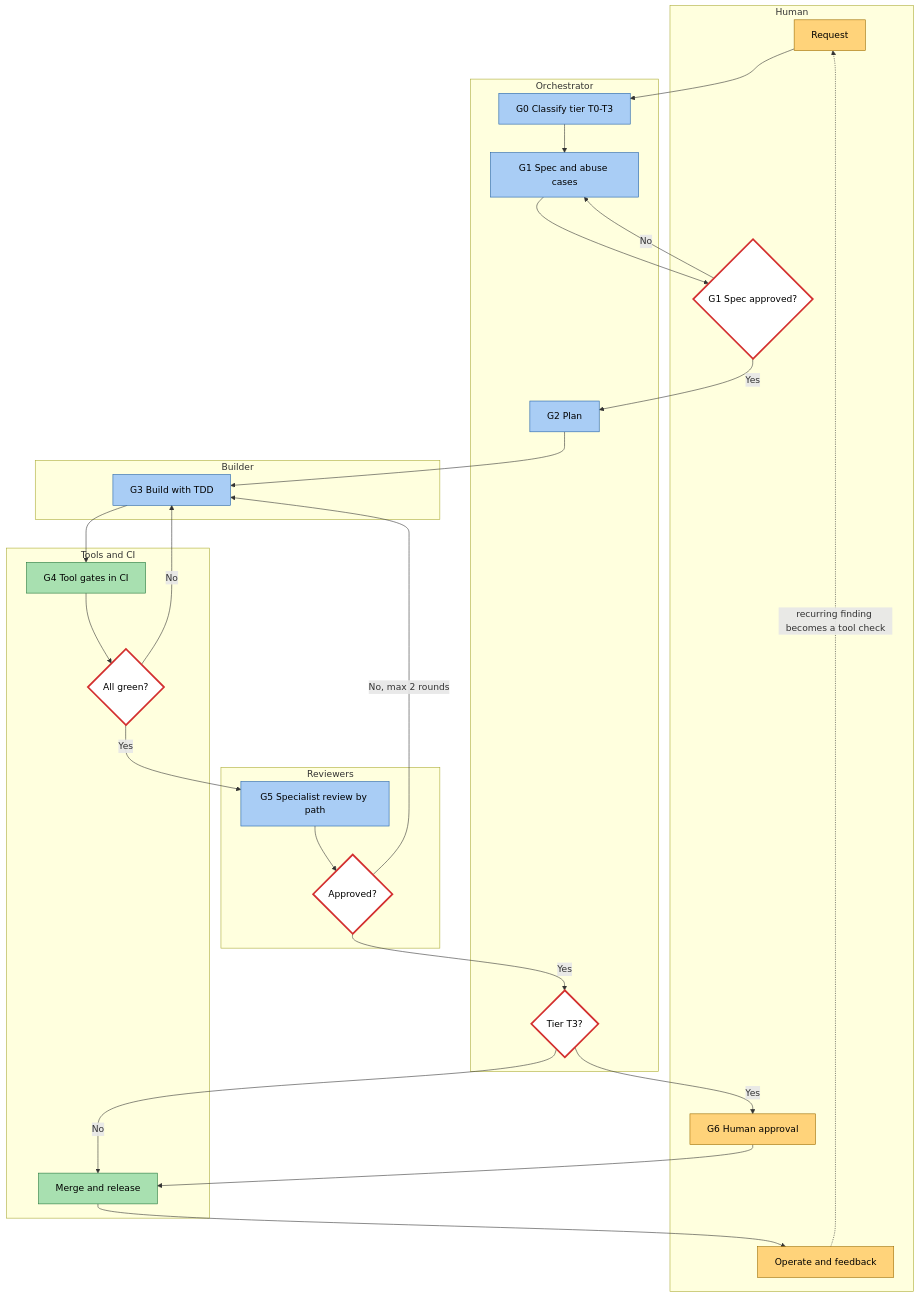
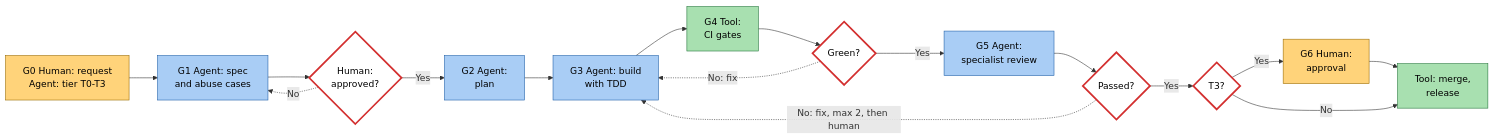
One commit to oneup4real/engineering-standards changed the first of 14 diagrams in README.md. Above: the diagram before and after it, drawn with Mermaid. The commit also changed other lines of this file, not shown here.

Commit message:
docs(readme): legible big-picture delivery flow

````diff
--- a/README.md
+++ b/README.md
@@ -69,42 +69,28 @@
 ```mermaid
-flowchart TD
+flowchart LR
     classDef human fill:#ffd37a,stroke:#9a6b00,color:#000
     classDef agent fill:#a9cdf5,stroke:#1f5fa8,color:#000
     classDef tool fill:#a8e0b0,stroke:#23753a,color:#000
     classDef gate fill:#fff,stroke:#d32f2f,stroke-width:3px,color:#000
-    subgraph Human
-        H1["Request"]:::human
-        H2{"G1 Spec approved?"}:::gate
-        H3["G6 Human approval"]:::human
-        H4["Operate and feedback"]:::human
-    end
-    subgraph Orchestrator
-        O1["G0 Classify tier T0-T3"]:::agent
-        O2["G1 Spec and abuse cases"]:::agent
-        O3["G2 Plan"]:::agent
-        D3{"Tier T3?"}:::gate
-    end
-    subgraph Builder
-        B1["G3 Build with TDD"]:::agent
-    end
-    subgraph Reviewers
-        R1["G5 Specialist review by path"]:::agent
-        D2{"Approved?"}:::gate
-    end
-    subgraph Tools["Tools and CI"]
-        T1["G4 Tool gates in CI"]:::tool
-        D1{"All green?"}:::gate
-        T2["Merge and release"]:::tool
-    end
-    H1 --> O1 --> O2 --> H2
-    H2 -->|No| O2
-    H2 -->|Yes| O3 --> B1 --> T1 --> D1
-    D1 -->|No| B1
-    D1 -->|Yes| R1 --> D2
-    D2 -->|"No, max 2 rounds"| B1
-    D2 -->|Yes| D3
-    D3 -->|Yes| H3 --> T2
-    D3 -->|No| T2
-    T2 --> H4
-    H4 -.->|"recurring finding becomes a tool check"| H1
+    G0["G0 Human: request<br/>Agent: tier T0-T3"]:::human
+    G1["G1 Agent: spec<br/>and abuse cases"]:::agent
+    D1{"Human:<br/>approved?"}:::gate
+    G2["G2 Agent:<br/>plan"]:::agent
+    G3["G3 Agent: build<br/>with TDD"]:::agent
+    G4["G4 Tool:<br/>CI gates"]:::tool
+    D2{"Green?"}:::gate
+    G5["G5 Agent:<br/>specialist review"]:::agent
+    D3{"Passed?"}:::gate
+    D4{"T3?"}:::gate
+    G6["G6 Human:<br/>approval"]:::human
+    M["Tool: merge,<br/>release"]:::tool
+    G0 --> G1 --> D1
+    D1 -->|Yes| G2 --> G3 --> G4 --> D2
+    D2 -->|Yes| G5 --> D3
+    D3 -->|Yes| D4
+    D4 -->|Yes| G6 --> M
+    D4 -->|No| M
+    D1 -.->|No| G1
+    D2 -.->|"No: fix"| G3
+    D3 -.->|"No: fix, max 2, then human"| G3
 ```
````
